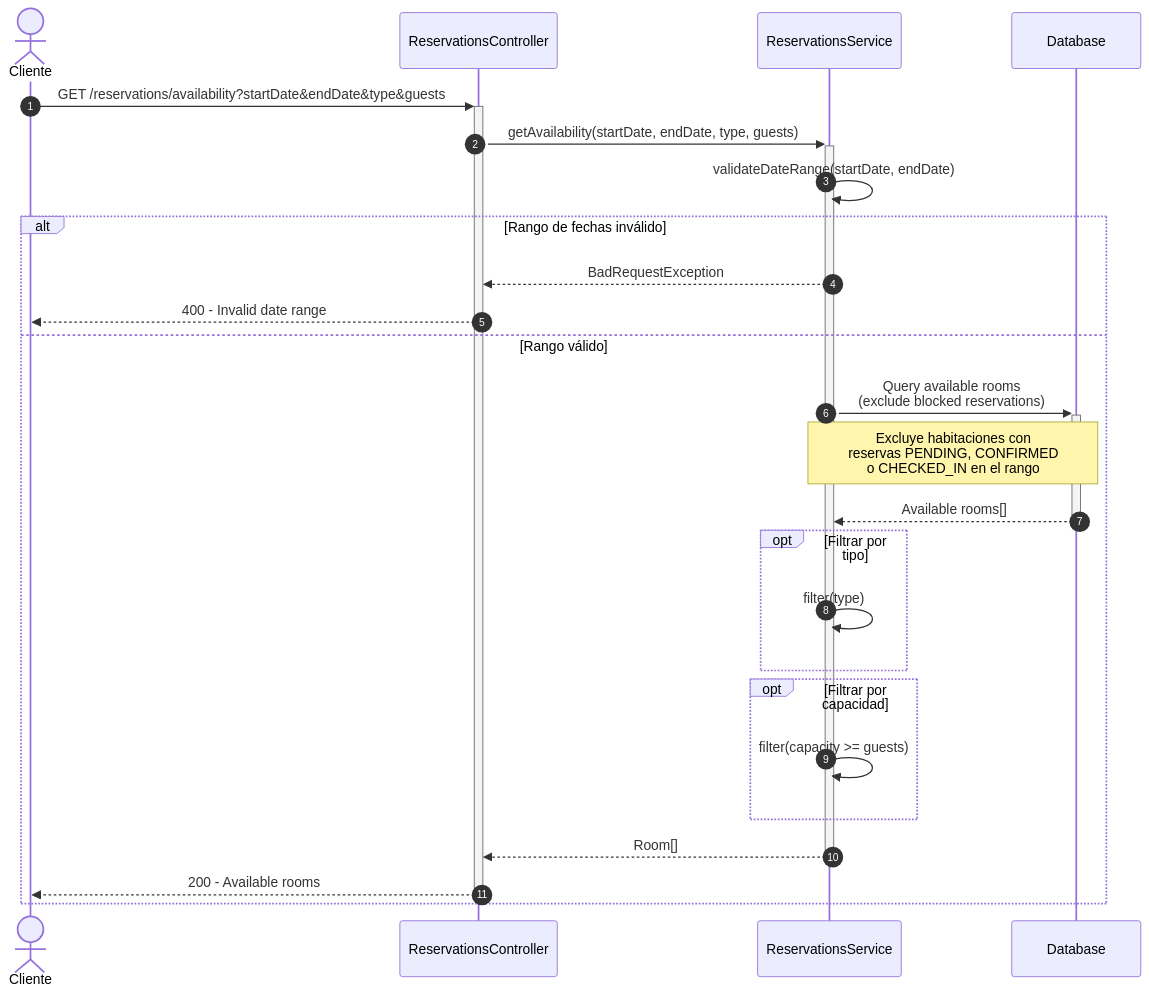
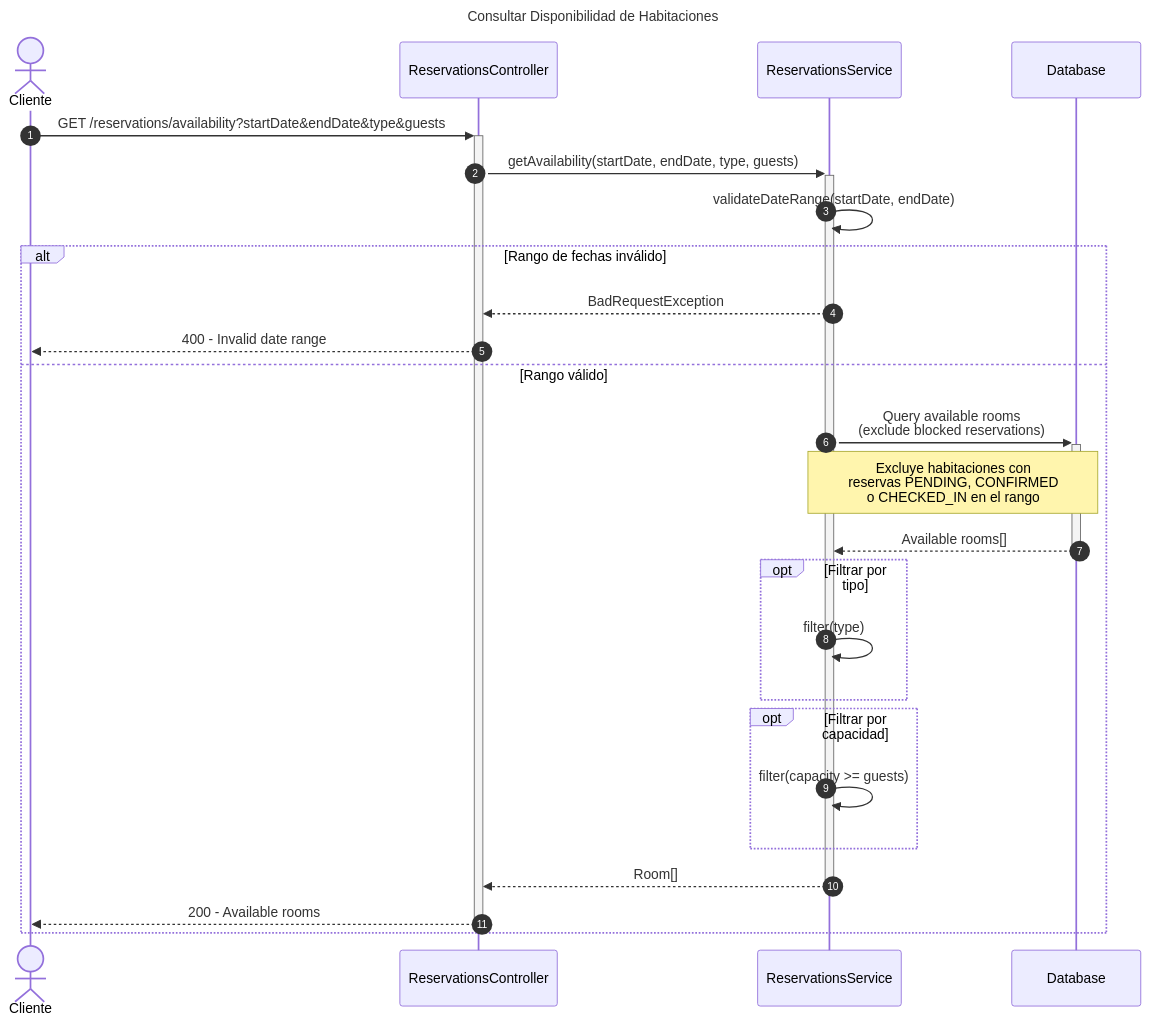
Before and after one commit to Nick220505/hotelier-backend: the second of 5 diagrams in diagrams/sequence/reservations-sequence-diagram.md, drawn with Mermaid. The commit also changed other lines of this file and 5 other files, not shown here.

Commit message:
Add titles to sequence diagrams for Billing, Employees, Inventory, Reservations, Restaurant, and Users modules

````diff
--- a/diagrams/sequence/reservations-sequence-diagram.md
+++ b/diagrams/sequence/reservations-sequence-diagram.md
@@ -41,33 +44,36 @@
 ```mermaid
+---
+title: Consultar Disponibilidad de Habitaciones
+---
 sequenceDiagram
     autonumber
     actor Cliente
     participant Controller as ReservationsController
     participant Service as ReservationsService
     participant DB as Database
 
     Cliente->>+Controller: GET /reservations/availability?startDate&endDate&type&guests
     Controller->>+Service: getAvailability(startDate, endDate, type, guests)
     
     Service->>Service: validateDateRange(startDate, endDate)
     
     alt Rango de fechas inválido
         Service-->>Controller: BadRequestException
         Controller-->>Cliente: 400 - Invalid date range
     else Rango válido
         Service->>+DB: Query available rooms<br/>(exclude blocked reservations)
         Note over Service,DB: Excluye habitaciones con<br/>reservas PENDING, CONFIRMED<br/>o CHECKED_IN en el rango
         DB-->>-Service: Available rooms[]
         
         opt Filtrar por tipo
             Service->>Service: filter(type)
         end
         
         opt Filtrar por capacidad
             Service->>Service: filter(capacity >= guests)
         end
         
         Service-->>-Controller: Room[]
         Controller-->>-Cliente: 200 - Available rooms
     end
 ```
````
